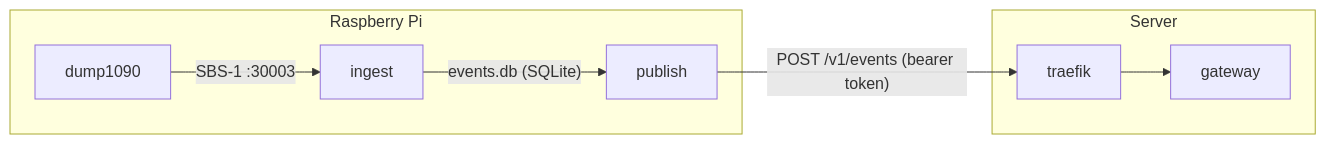
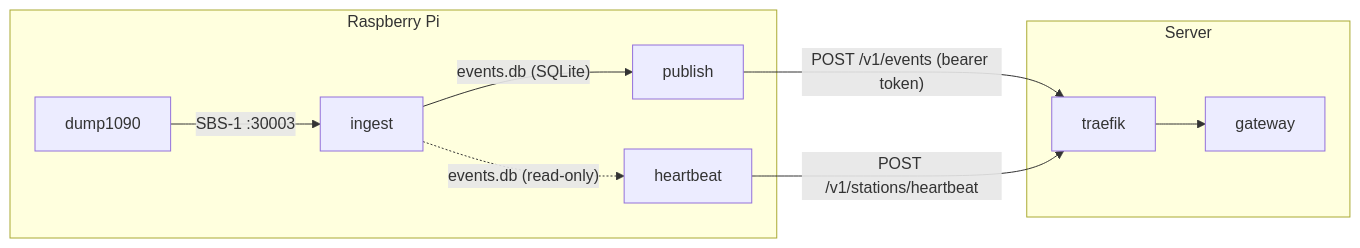
One commit to matthew-vance/listening-post changed the diagram in README.md. Above: the diagram before and after it, drawn with Mermaid. The commit also changed other lines of this file and 4 other files, not shown here.

````diff
--- a/README.md
+++ b/README.md
@@ -7,11 +7,13 @@
 ```mermaid
 flowchart LR
     subgraph pi [Raspberry Pi]
         dump1090 -- "SBS-1 :30003" --> ingest
         ingest -- "events.db (SQLite)" --> publish
+        ingest -. "events.db (read-only)" .-> heartbeat
     end
     subgraph server [Server]
         traefik --> gateway
     end
     publish -- "POST /v1/events (bearer token)" --> traefik
+    heartbeat -- "POST /v1/stations/heartbeat" --> traefik
 ```
````
